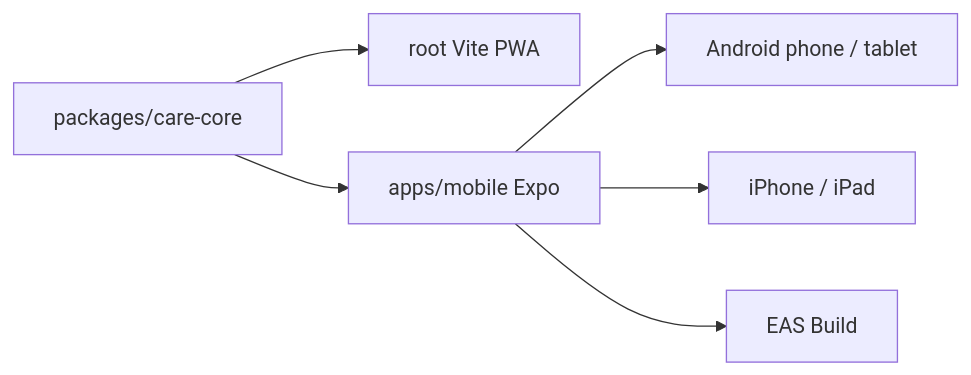
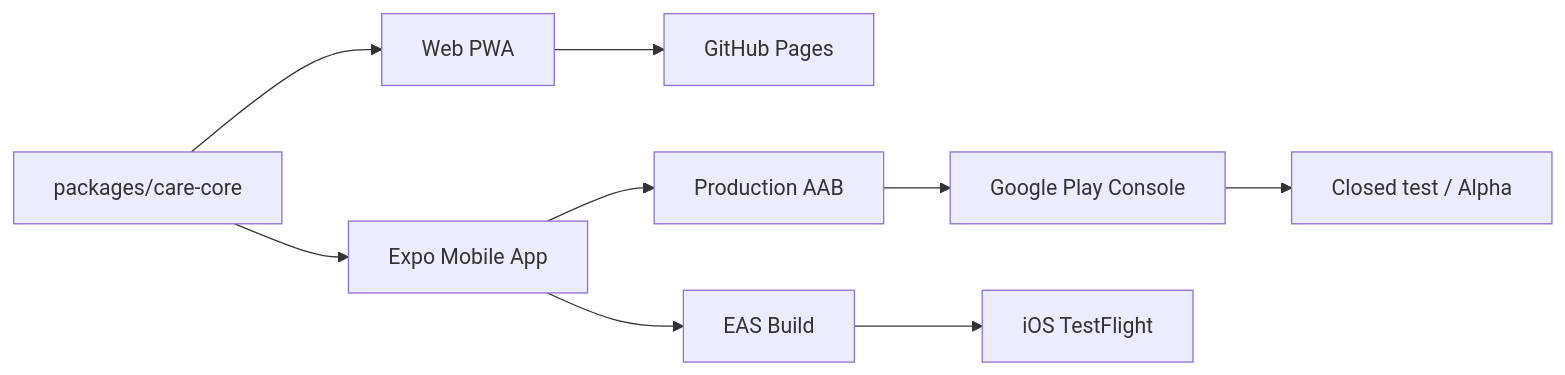
One commit to sinmb79/careguardian-ai changed the diagram in docs/mobile-delivery.md. Above: the diagram before and after it, drawn with Mermaid. The commit also changed other lines of this file and 73 other files, not shown here.

````diff
--- a/docs/mobile-delivery.md
+++ b/docs/mobile-delivery.md
@@ -19,8 +26,11 @@
 ```mermaid
 flowchart LR
-  Core["packages/care-core"] --> Web["root Vite PWA"]
-  Core --> Mobile["apps/mobile Expo"]
-  Mobile --> Android["Android phone / tablet"]
-  Mobile --> IOS["iPhone / iPad"]
+  Core["packages/care-core"] --> Web["Web PWA"]
+  Core --> Mobile["Expo Mobile App"]
+  Web --> Pages["GitHub Pages"]
+  Mobile --> AAB["Production AAB"]
+  AAB --> PlayConsole["Google Play Console"]
+  PlayConsole --> ClosedTest["Closed test / Alpha"]
   Mobile --> EAS["EAS Build"]
+  EAS --> IOS["iOS TestFlight"]
 ```
````
